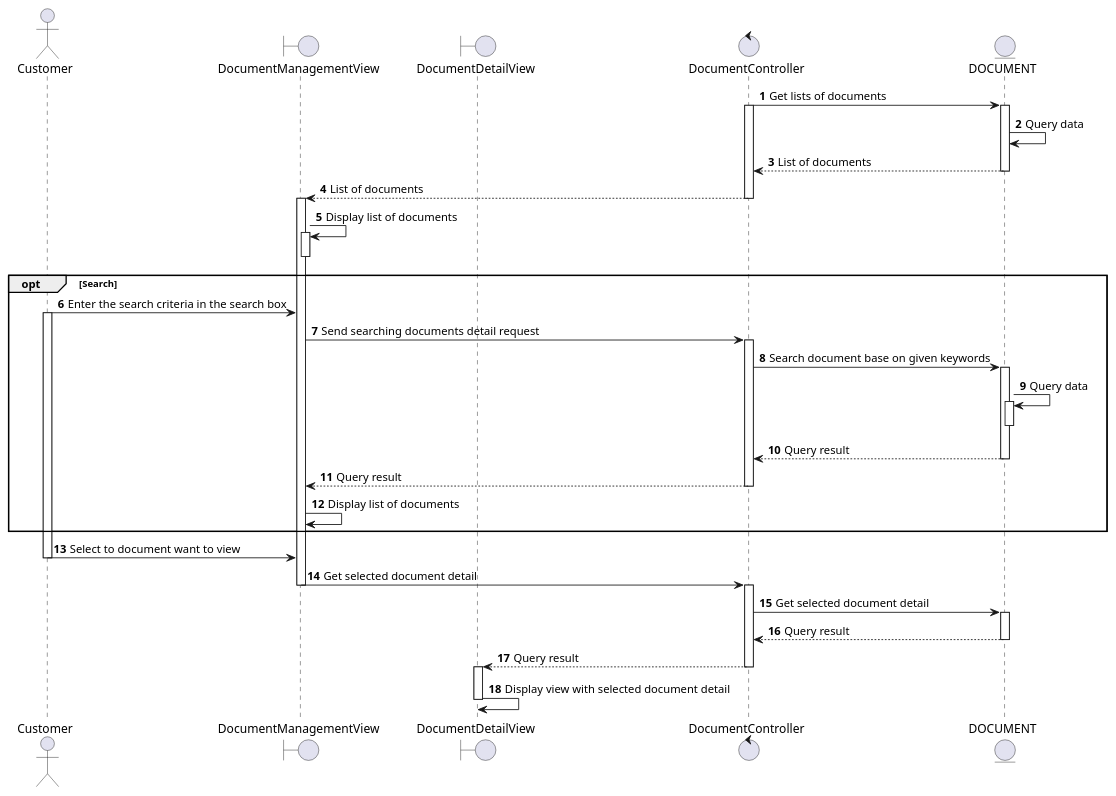
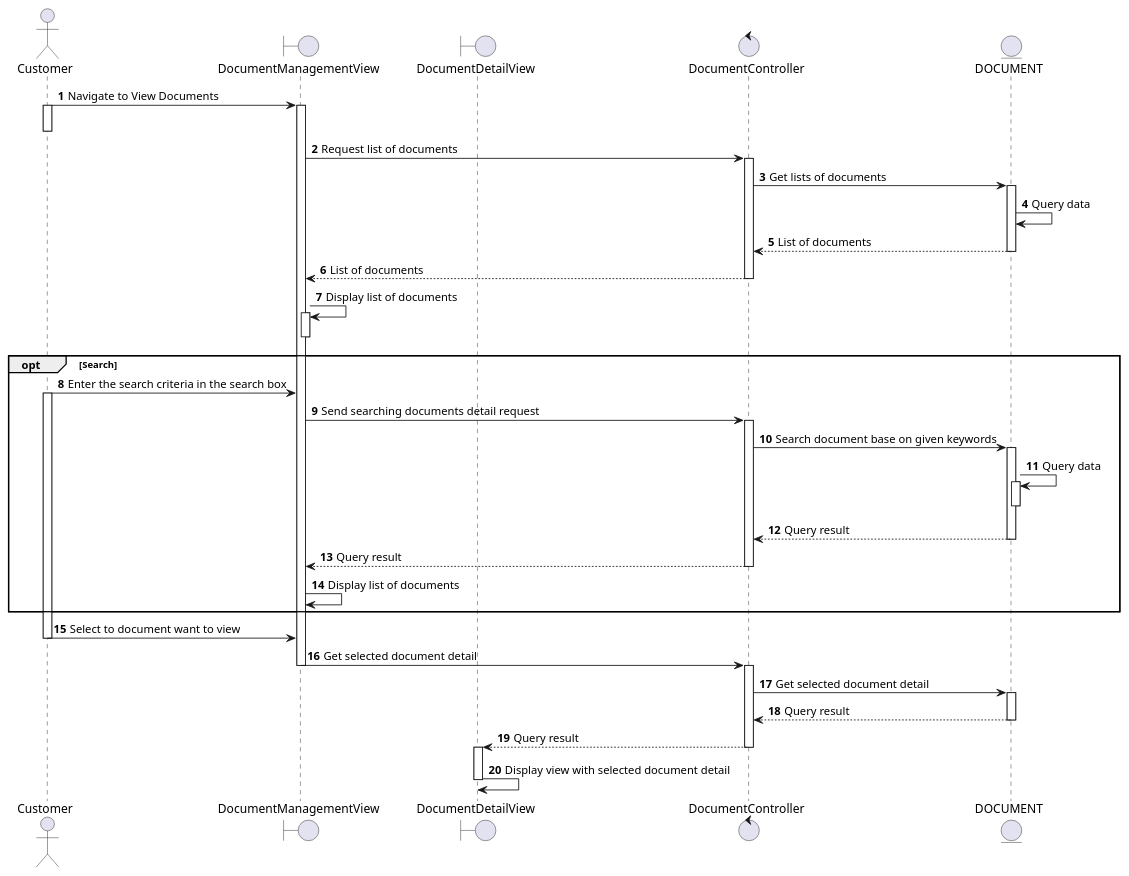
Before and after one commit to electricilies/electricilies.github.io: the diagram in docs/software-docs/sequence/view-document/view-document.md, drawn with PlantUML. The commit also changed 16 other files, not shown here.

Commit message:
refactor: sequence diagrams start from user side, and some minor

````diff
--- a/docs/software-docs/sequence/view-document/view-document.md
+++ b/docs/software-docs/sequence/view-document/view-document.md
@@ -3,55 +3,59 @@
 ```plantuml
 @startuml
 autonumber
 
 actor Customer as C
 boundary DocumentManagementView as DMV
 boundary DocumentDetailView as DDV
 control DocumentController as DC
 entity DOCUMENT as D
 
+C -> DMV: Navigate to View Documents
+activate C
+activate DMV
+deactivate C
+DMV -> DC: Request list of documents
+activate DC
 DC -> D: Get lists of documents
-activate DC
 activate D
 D -> D: Query data
 DC <-- D: List of documents
 deactivate D
 DMV <-- DC: List of documents
 deactivate DC
-activate DMV
 DMV -> DMV: Display list of documents
 activate DMV
 deactivate DMV
 opt Search
   C -> DMV: Enter the search criteria in the search box
   activate C
   DMV -> DC: Send searching documents detail request
   activate DC
   DC -> D: Search document base on given keywords
   activate D
   D -> D: Query data
   activate D
   deactivate D
   DC <-- D: Query result
   deactivate D
   DMV <-- DC: Query result
   deactivate DC
   DMV -> DMV: Display list of documents
 end
 C -> DMV: Select to document want to view
 deactivate C
 DMV -> DC: Get selected document detail
 deactivate DMV
 activate DC
 DC -> D: Get selected document detail
 activate D
 DC <-- D: Query result
 deactivate D
 DDV <-- DC: Query result
 deactivate DC
 activate DDV
 DDV -> DDV: Display view with selected document detail
 deactivate DDV
 
 @enduml
 ```
````
